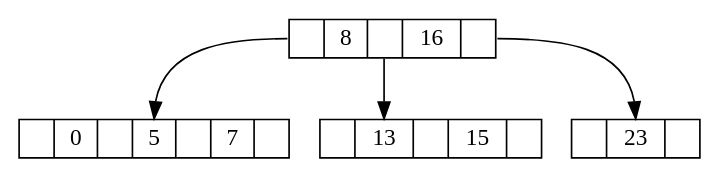
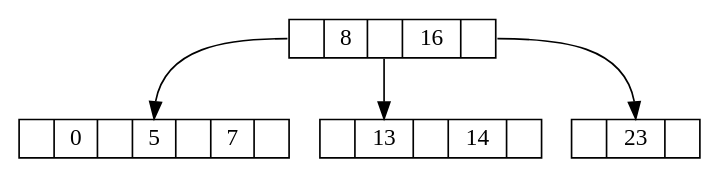
Before and after one commit to DenRen/BabichevAlgo: the diagram in H5/H5.4-bigbook/graph.gv, drawn with Graphviz. The commit also changed 5 other files, not shown here.

```diff
--- a/H5/H5.4-bigbook/graph.gv
+++ b/H5/H5.4-bigbook/graph.gv
@@ -1,10 +1,10 @@
 digraph G {
 node [shape = record, height=.1];
 node0[label = "<p0>| <k0> 8| <p1>| <k1> 16| <p2>"];
 node1[label = "<p0>| <k0> 0| <p1>| <k1> 5| <p2>| <k2> 7| <p3>"];
 "node0":p0 -> "node1":k1;
-node2[label = "<p0>| <k0> 13| <p1>| <k1> 15| <p2>"];
+node2[label = "<p0>| <k0> 13| <p1>| <k1> 14| <p2>"];
 "node0":p1 -> "node2":k0;
 node3[label = "<p0>| <k0> 23| <p1>"];
 "node0":p2 -> "node3":k0;
 }
```
